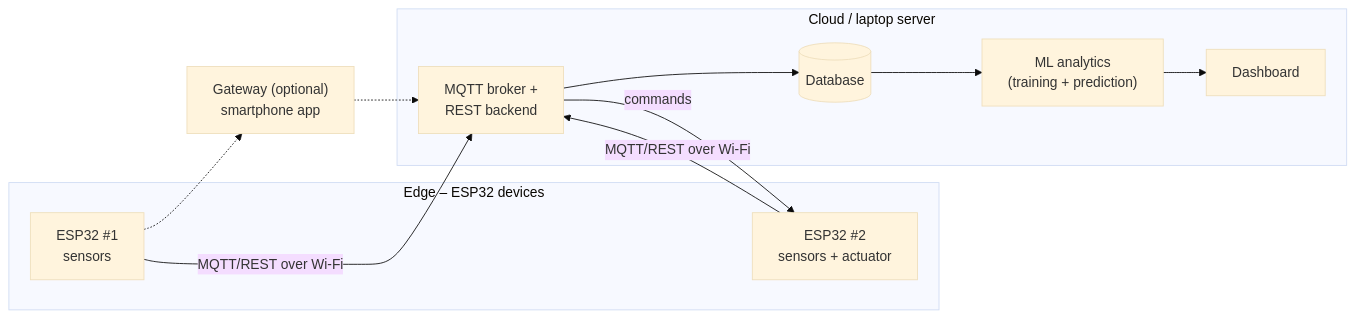
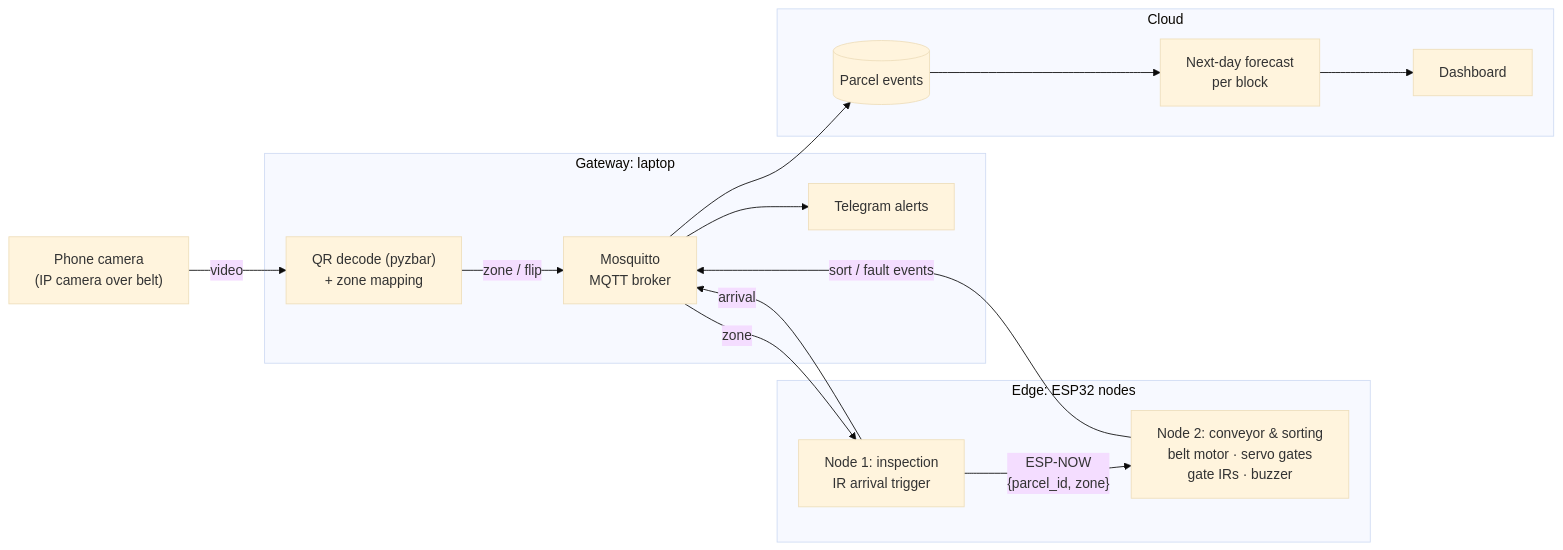
The diagram in README.md (Skai-126/CS3237-Final-Project), drawn with Mermaid (base theme) before and after one commit. The commit also changed other lines of this file and 17 other files, not shown here.

Commit message:
Restructure repo for ZoneSort and add submitted proposal

````diff
--- a/README.md
+++ b/README.md
@@ -30,19 +35,26 @@
 ```mermaid
 flowchart LR
-  subgraph Edge["Edge – ESP32 devices"]
-    D1["ESP32 #1<br/>sensors"]
-    D2["ESP32 #2<br/>sensors + actuator"]
+  CAM["Phone camera<br/>(IP camera over belt)"]
+  subgraph Edge["Edge: ESP32 nodes"]
+    N1["Node 1: inspection<br/>IR arrival trigger"]
+    N2["Node 2: conveyor & sorting<br/>belt motor · servo gates<br/>gate IRs · buzzer"]
   end
-  G["Gateway (optional)<br/>smartphone app"]
-  subgraph Cloud["Cloud / laptop server"]
-    B["MQTT broker +<br/>REST backend"]
-    DB[("Database")]
-    ML["ML analytics<br/>(training + prediction)"]
+  subgraph GW["Gateway: laptop"]
+    QR["QR decode (pyzbar)<br/>+ zone mapping"]
+    BR["Mosquitto<br/>MQTT broker"]
+    TG["Telegram alerts"]
+  end
+  subgraph Cloud["Cloud"]
+    DB[("Parcel events")]
+    ML["Next-day forecast<br/>per block"]
     UI["Dashboard"]
   end
-  D1 -- MQTT/REST over Wi-Fi --> B
-  D2 -- MQTT/REST over Wi-Fi --> B
-  D1 -.-> G -.-> B
-  B --> DB --> ML --> UI
-  B -- commands --> D2
+  CAM -- video --> QR
+  N1 -- arrival --> BR
+  QR -- "zone / flip" --> BR
+  BR -- zone --> N1
+  N1 -- "ESP-NOW<br/>{parcel_id, zone}" --> N2
+  N2 -- "sort / fault events" --> BR
+  BR --> DB --> ML --> UI
+  BR --> TG
 ```
````
